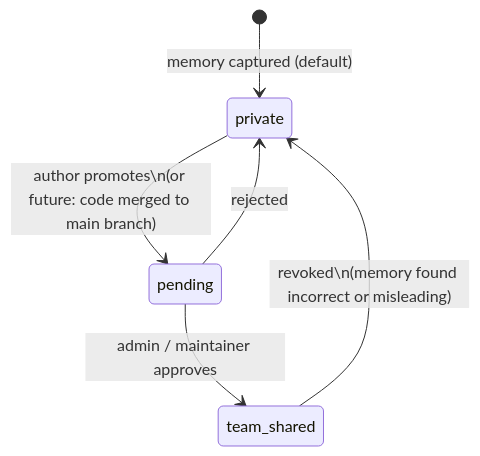
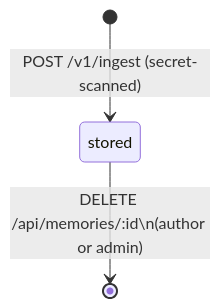
Before and after one commit to shashanknidhi/aznex: the first of 4 diagrams in docs/data-lifecycle.md, drawn with Mermaid. The commit also changed other lines of this file and 40 other files, not shown here.

First line of the commit message:
Share every memory with the team; store every extracted field (#89)

````diff
--- a/docs/data-lifecycle.md
+++ b/docs/data-lifecycle.md
@@ -13,10 +15,5 @@
 ```mermaid
 stateDiagram-v2
-    [*] --> private : memory captured (default)
-
-    private --> pending : author promotes\n(or future: code merged to main branch)
-    pending --> team_shared : admin / maintainer approves
-    pending --> private : rejected
-
-    team_shared --> private : revoked\n(memory found incorrect or misleading)
+    [*] --> stored : POST /v1/ingest (secret-scanned)
+    stored --> [*] : DELETE /api/memories/:id\n(author or admin)
 ```
````
